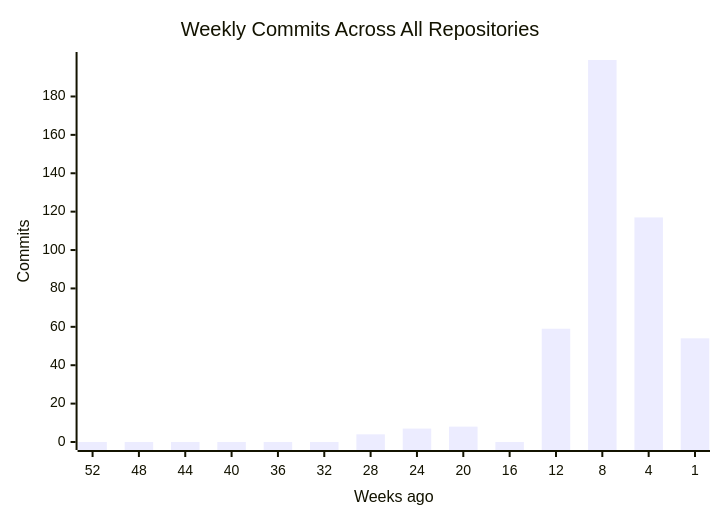
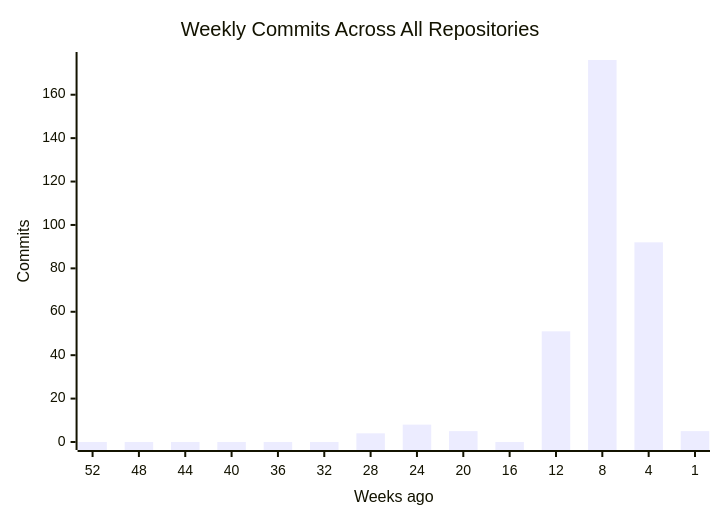
One commit to CSTH-Projects/.github changed the first of 4 diagrams in profile/README.md. Above: the diagram before and after it, drawn with Mermaid. The commit also changed other lines of this file, not shown here.

````diff
--- a/profile/README.md
+++ b/profile/README.md
@@ -16,7 +16,7 @@
 ```mermaid
 xychart-beta
     title "Weekly Commits Across All Repositories"
     x-axis "Weeks ago" [52, 48, 44, 40, 36, 32, 28, 24, 20, 16, 12, 8, 4, 1]
     y-axis "Commits"
-    bar [0, 0, 0, 0, 0, 0, 4, 7, 8, 0, 59, 199, 117, 54]
+    bar [0, 0, 0, 0, 0, 0, 4, 8, 5, 0, 51, 176, 92, 5]
 ```
````
